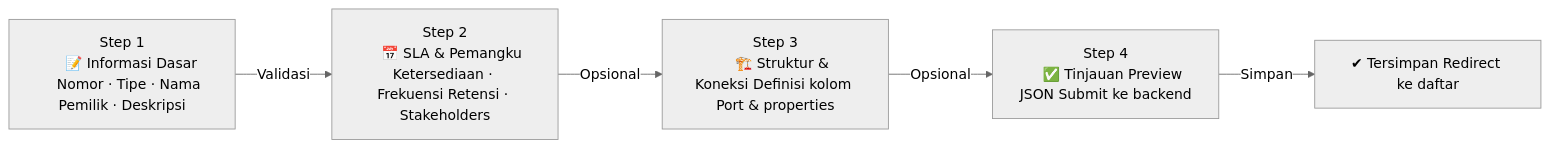
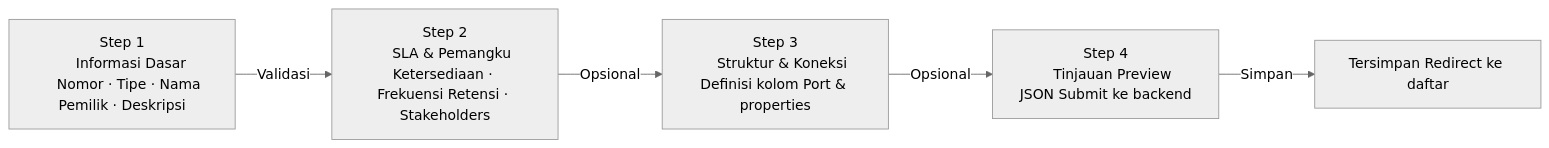
One commit to alamanda-projects/beescout changed the fifth of 6 diagrams in README.md. Above: the diagram before and after it, drawn with Mermaid (neutral theme). The commit also changed other lines of this file and 1 other file, not shown here.

````diff
--- a/README.md
+++ b/README.md
@@ -176,17 +213,17 @@
 ```mermaid
 graph LR
     S1["Step 1
-    📝 Informasi Dasar
+    Informasi Dasar
     Nomor · Tipe · Nama Pemilik · Deskripsi"]
     S2["Step 2
-    📅 SLA & Pemangku Ketersediaan · Frekuensi Retensi · Stakeholders"]
+    SLA & Pemangku Ketersediaan · Frekuensi Retensi · Stakeholders"]
     S3["Step 3
-    🏗️ Struktur & Koneksi Definisi kolom Port & properties"]
+    Struktur & Koneksi Definisi kolom Port & properties"]
     S4["Step 4
-    ✅ Tinjauan Preview JSON Submit ke backend"]
+    Tinjauan Preview JSON Submit ke backend"]
 
     S1 -->|"Validasi"| S2
     S2 -->|"Opsional"| S3
     S3 -->|"Opsional"| S4
-    S4 -->|"Simpan"| Done["✔ Tersimpan Redirect ke daftar"]
+    S4 -->|"Simpan"| Done["Tersimpan Redirect ke daftar"]
 ```
````
